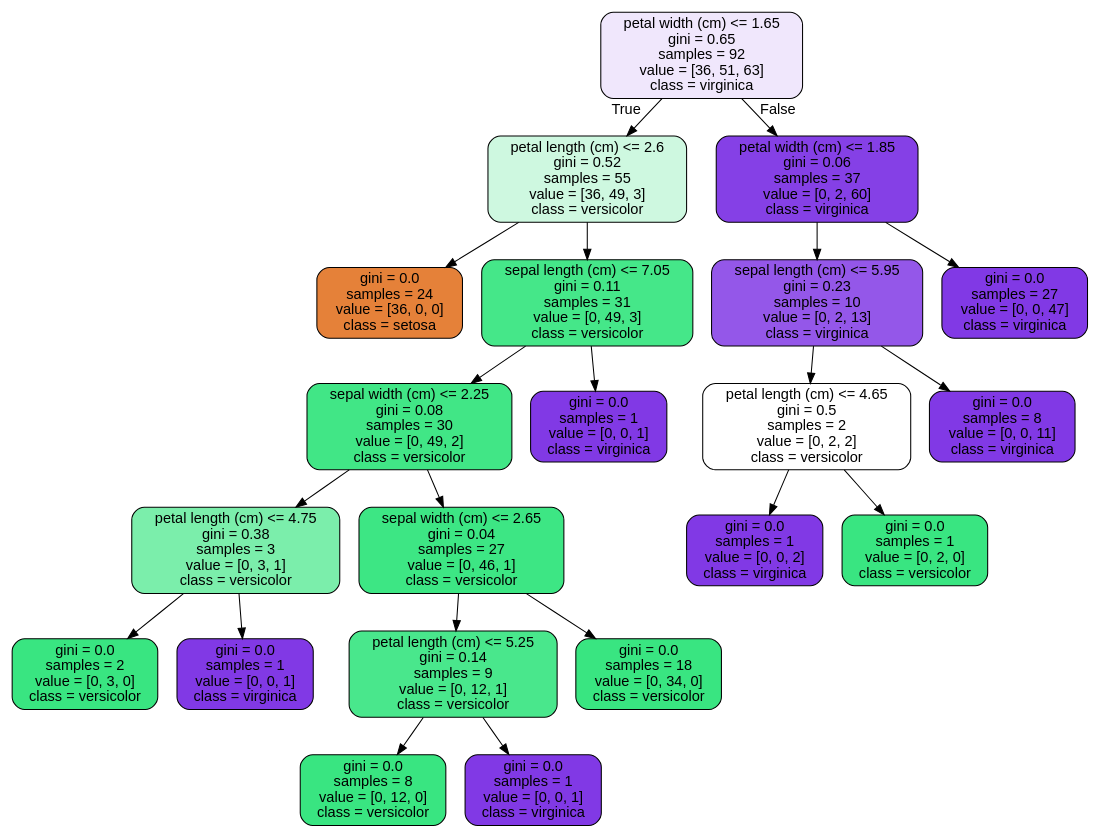
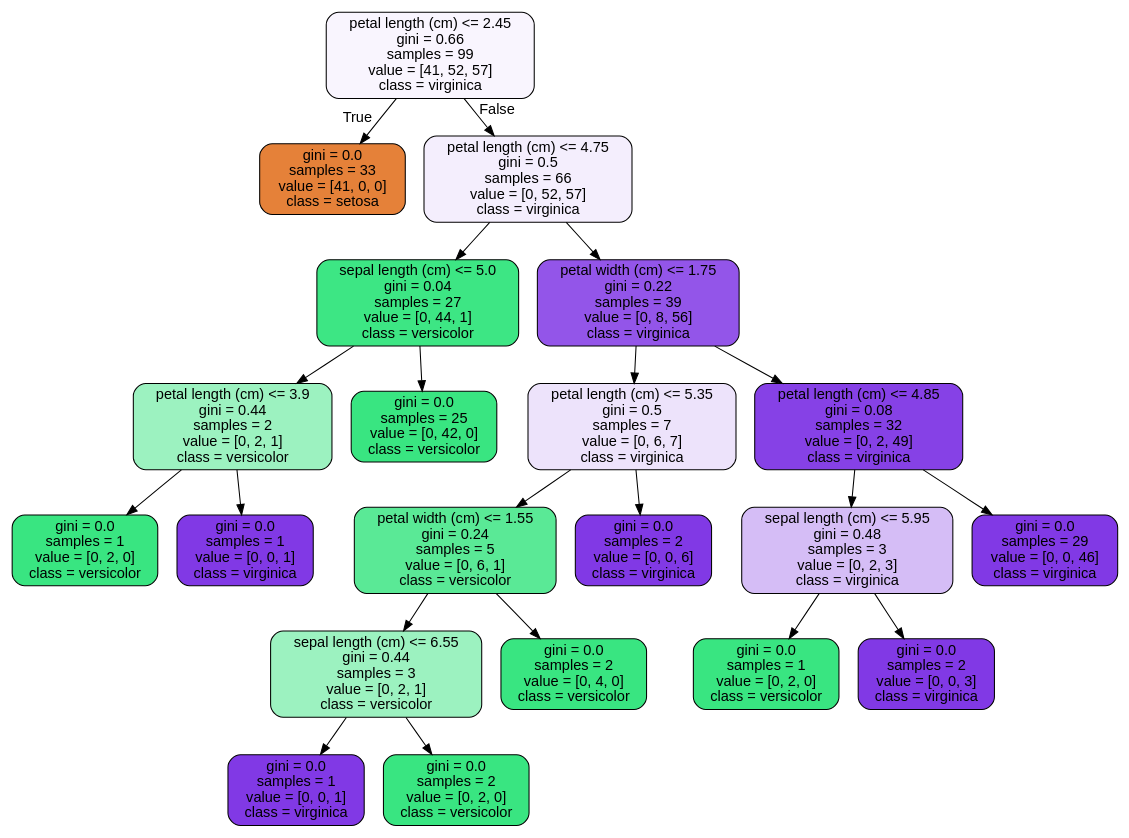
Before and after one commit to tpoozhikala/Springboard: the diagram in RandomForest_Covid_Case_Study_06302020/tree.dot, drawn with Graphviz. The commit also changed 2 other files, not shown here.

```diff
--- a/RandomForest_Covid_Case_Study_06302020/tree.dot
+++ b/RandomForest_Covid_Case_Study_06302020/tree.dot
@@ -1,45 +1,45 @@
 digraph Tree {
 node [shape=box, style="filled, rounded", color="black", fontname="helvetica"] ;
 edge [fontname="helvetica"] ;
-0 [label="petal width (cm) <= 1.65\ngini = 0.65\nsamples = 92\nvalue = [36, 51, 63]\nclass = virginica", fillcolor="#f0e7fc"] ;
-1 [label="petal length (cm) <= 2.6\ngini = 0.52\nsamples = 55\nvalue = [36, 49, 3]\nclass = versicolor", fillcolor="#cef8e0"] ;
+0 [label="petal length (cm) <= 2.45\ngini = 0.66\nsamples = 99\nvalue = [41, 52, 57]\nclass = virginica", fillcolor="#f9f5fe"] ;
+1 [label="gini = 0.0\nsamples = 33\nvalue = [41, 0, 0]\nclass = setosa", fillcolor="#e58139"] ;
 0 -> 1 [labeldistance=2.5, labelangle=45, headlabel="True"] ;
-2 [label="gini = 0.0\nsamples = 24\nvalue = [36, 0, 0]\nclass = setosa", fillcolor="#e58139"] ;
-1 -> 2 ;
-3 [label="sepal length (cm) <= 7.05\ngini = 0.11\nsamples = 31\nvalue = [0, 49, 3]\nclass = versicolor", fillcolor="#45e789"] ;
-1 -> 3 ;
-4 [label="sepal width (cm) <= 2.25\ngini = 0.08\nsamples = 30\nvalue = [0, 49, 2]\nclass = versicolor", fillcolor="#41e686"] ;
+2 [label="petal length (cm) <= 4.75\ngini = 0.5\nsamples = 66\nvalue = [0, 52, 57]\nclass = virginica", fillcolor="#f4eefd"] ;
+0 -> 2 [labeldistance=2.5, labelangle=-45, headlabel="False"] ;
+3 [label="sepal length (cm) <= 5.0\ngini = 0.04\nsamples = 27\nvalue = [0, 44, 1]\nclass = versicolor", fillcolor="#3de684"] ;
+2 -> 3 ;
+4 [label="petal length (cm) <= 3.9\ngini = 0.44\nsamples = 2\nvalue = [0, 2, 1]\nclass = versicolor", fillcolor="#9cf2c0"] ;
 3 -> 4 ;
-5 [label="petal length (cm) <= 4.75\ngini = 0.38\nsamples = 3\nvalue = [0, 3, 1]\nclass = versicolor", fillcolor="#7beeab"] ;
+5 [label="gini = 0.0\nsamples = 1\nvalue = [0, 2, 0]\nclass = versicolor", fillcolor="#39e581"] ;
 4 -> 5 ;
-6 [label="gini = 0.0\nsamples = 2\nvalue = [0, 3, 0]\nclass = versicolor", fillcolor="#39e581"] ;
-5 -> 6 ;
-7 [label="gini = 0.0\nsamples = 1\nvalue = [0, 0, 1]\nclass = virginica", fillcolor="#8139e5"] ;
-5 -> 7 ;
-8 [label="sepal width (cm) <= 2.65\ngini = 0.04\nsamples = 27\nvalue = [0, 46, 1]\nclass = versicolor", fillcolor="#3de684"] ;
-4 -> 8 ;
-9 [label="petal length (cm) <= 5.25\ngini = 0.14\nsamples = 9\nvalue = [0, 12, 1]\nclass = versicolor", fillcolor="#49e78c"] ;
+6 [label="gini = 0.0\nsamples = 1\nvalue = [0, 0, 1]\nclass = virginica", fillcolor="#8139e5"] ;
+4 -> 6 ;
+7 [label="gini = 0.0\nsamples = 25\nvalue = [0, 42, 0]\nclass = versicolor", fillcolor="#39e581"] ;
+3 -> 7 ;
+8 [label="petal width (cm) <= 1.75\ngini = 0.22\nsamples = 39\nvalue = [0, 8, 56]\nclass = virginica", fillcolor="#9355e9"] ;
+2 -> 8 ;
+9 [label="petal length (cm) <= 5.35\ngini = 0.5\nsamples = 7\nvalue = [0, 6, 7]\nclass = virginica", fillcolor="#ede3fb"] ;
 8 -> 9 ;
-10 [label="gini = 0.0\nsamples = 8\nvalue = [0, 12, 0]\nclass = versicolor", fillcolor="#39e581"] ;
+10 [label="petal width (cm) <= 1.55\ngini = 0.24\nsamples = 5\nvalue = [0, 6, 1]\nclass = versicolor", fillcolor="#5ae996"] ;
 9 -> 10 ;
-11 [label="gini = 0.0\nsamples = 1\nvalue = [0, 0, 1]\nclass = virginica", fillcolor="#8139e5"] ;
-9 -> 11 ;
-12 [label="gini = 0.0\nsamples = 18\nvalue = [0, 34, 0]\nclass = versicolor", fillcolor="#39e581"] ;
-8 -> 12 ;
-13 [label="gini = 0.0\nsamples = 1\nvalue = [0, 0, 1]\nclass = virginica", fillcolor="#8139e5"] ;
-3 -> 13 ;
-14 [label="petal width (cm) <= 1.85\ngini = 0.06\nsamples = 37\nvalue = [0, 2, 60]\nclass = virginica", fillcolor="#8540e6"] ;
-0 -> 14 [labeldistance=2.5, labelangle=-45, headlabel="False"] ;
-15 [label="sepal length (cm) <= 5.95\ngini = 0.23\nsamples = 10\nvalue = [0, 2, 13]\nclass = virginica", fillcolor="#9457e9"] ;
-14 -> 15 ;
-16 [label="petal length (cm) <= 4.65\ngini = 0.5\nsamples = 2\nvalue = [0, 2, 2]\nclass = versicolor", fillcolor="#ffffff"] ;
-15 -> 16 ;
-17 [label="gini = 0.0\nsamples = 1\nvalue = [0, 0, 2]\nclass = virginica", fillcolor="#8139e5"] ;
+11 [label="sepal length (cm) <= 6.55\ngini = 0.44\nsamples = 3\nvalue = [0, 2, 1]\nclass = versicolor", fillcolor="#9cf2c0"] ;
+10 -> 11 ;
+12 [label="gini = 0.0\nsamples = 1\nvalue = [0, 0, 1]\nclass = virginica", fillcolor="#8139e5"] ;
+11 -> 12 ;
+13 [label="gini = 0.0\nsamples = 2\nvalue = [0, 2, 0]\nclass = versicolor", fillcolor="#39e581"] ;
+11 -> 13 ;
+14 [label="gini = 0.0\nsamples = 2\nvalue = [0, 4, 0]\nclass = versicolor", fillcolor="#39e581"] ;
+10 -> 14 ;
+15 [label="gini = 0.0\nsamples = 2\nvalue = [0, 0, 6]\nclass = virginica", fillcolor="#8139e5"] ;
+9 -> 15 ;
+16 [label="petal length (cm) <= 4.85\ngini = 0.08\nsamples = 32\nvalue = [0, 2, 49]\nclass = virginica", fillcolor="#8641e6"] ;
+8 -> 16 ;
+17 [label="sepal length (cm) <= 5.95\ngini = 0.48\nsamples = 3\nvalue = [0, 2, 3]\nclass = virginica", fillcolor="#d5bdf6"] ;
 16 -> 17 ;
 18 [label="gini = 0.0\nsamples = 1\nvalue = [0, 2, 0]\nclass = versicolor", fillcolor="#39e581"] ;
-16 -> 18 ;
-19 [label="gini = 0.0\nsamples = 8\nvalue = [0, 0, 11]\nclass = virginica", fillcolor="#8139e5"] ;
-15 -> 19 ;
-20 [label="gini = 0.0\nsamples = 27\nvalue = [0, 0, 47]\nclass = virginica", fillcolor="#8139e5"] ;
-14 -> 20 ;
+17 -> 18 ;
+19 [label="gini = 0.0\nsamples = 2\nvalue = [0, 0, 3]\nclass = virginica", fillcolor="#8139e5"] ;
+17 -> 19 ;
+20 [label="gini = 0.0\nsamples = 29\nvalue = [0, 0, 46]\nclass = virginica", fillcolor="#8139e5"] ;
+16 -> 20 ;
 }
```
